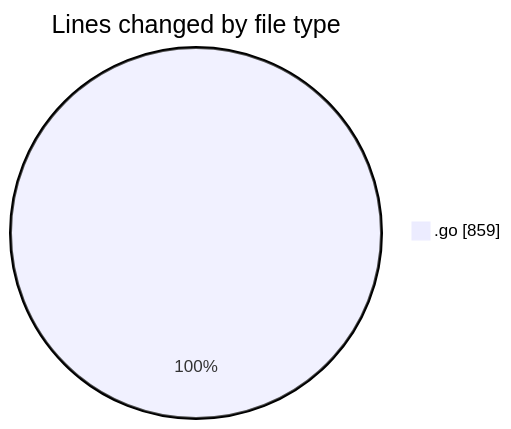
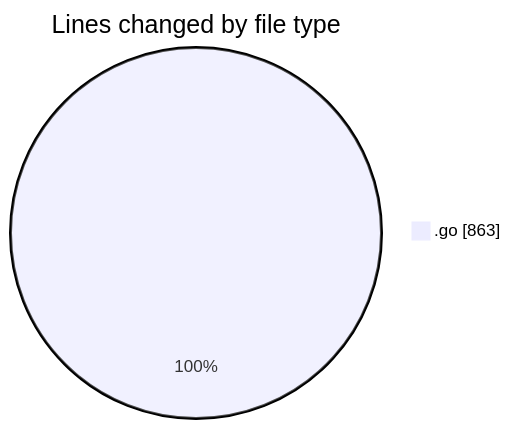
The first of 2 diagrams in 2025-03-10/termonied_testador/README.md (robertbonfada/code-tracking), drawn with Mermaid before and after one commit. The commit also changed other lines of this file and 1 other file, not shown here.

````diff
--- a/2025-03-10/termonied_testador/README.md
+++ b/2025-03-10/termonied_testador/README.md
@@ -20,5 +20,5 @@
 ```mermaid
 pie showData
 title Lines changed by file type
-".go" : 859
+".go" : 863
 ```
````
